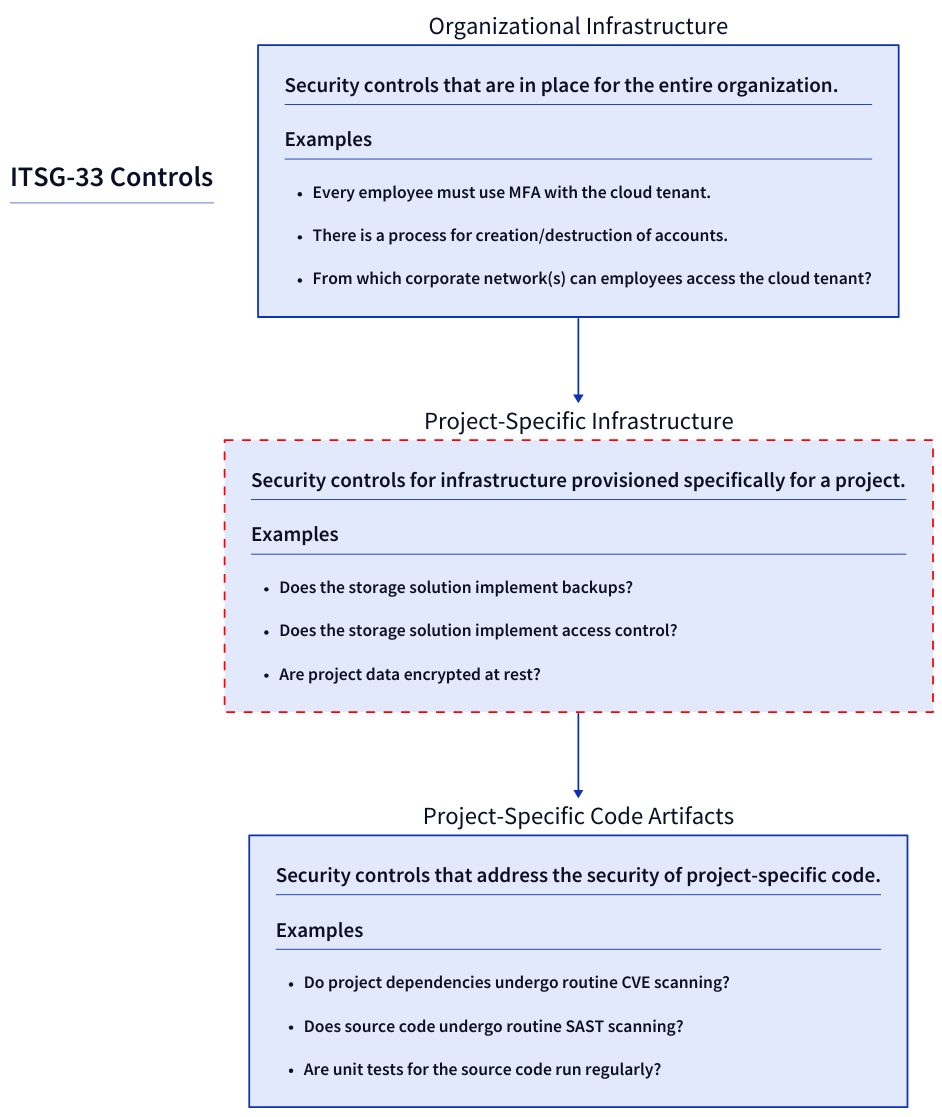
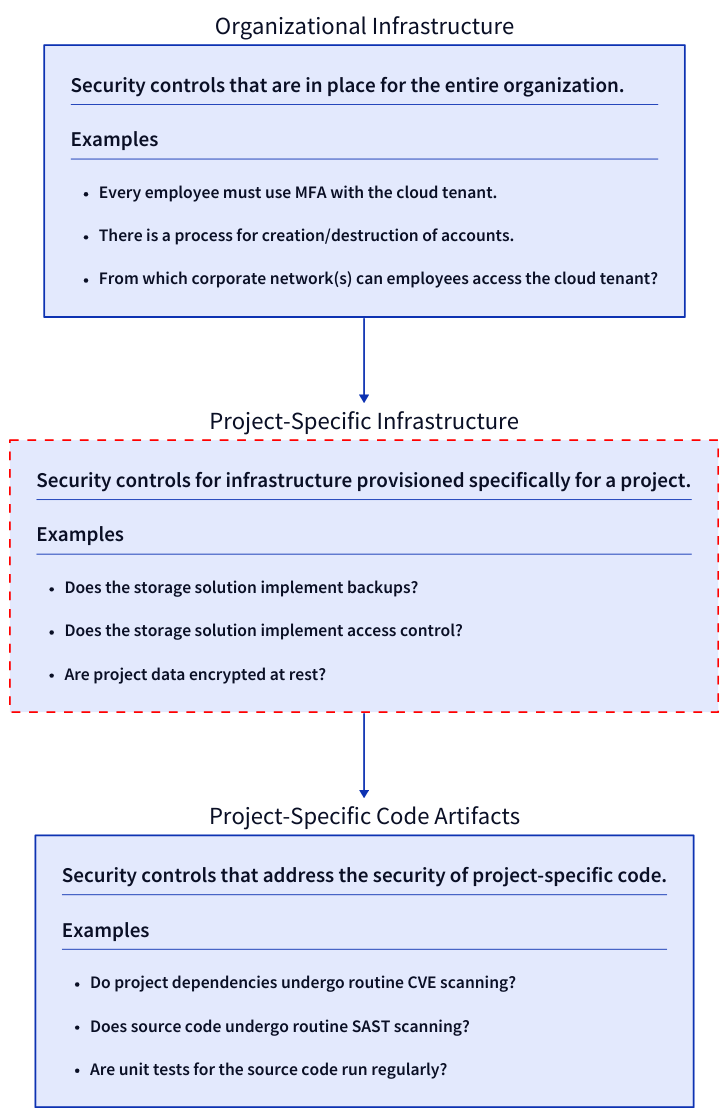
The diagram in docs/diagrams/itsg-pyramid.d2 (Collinbrown95/itsg-33-conftest), drawn with D2 before and after one commit. The commit also changed 2 other files, not shown here.

```diff
--- a/docs/diagrams/itsg-pyramid.d2
+++ b/docs/diagrams/itsg-pyramid.d2
@@ -1,42 +1,38 @@
 direction: down
-
-title: |md
-  # ITSG-33 Controls
-|
 
 "Organizational Infrastructure": {
   "": |md
     ## Security controls that are in place for the entire organization.
     ## Examples
     - ### Every employee must use MFA with the cloud tenant.
     - ### There is a process for creation/destruction of accounts.
     - ### From which corporate network(s) can employees access the cloud tenant?
   |
 }
 
 "Project-Specific Infrastructure": {
   "": |md
     ## Security controls for infrastructure provisioned specifically for a project.
     ## Examples
     - ### Does the storage solution implement backups?
     - ### Does the storage solution implement access control?
     - ### Are project data encrypted at rest?
   |
   style: {
     stroke: red
     stroke-dash: 5
   }
 }
 
 Project-Specific Code Artifacts: {
   "": |md
     ## Security controls that address the security of project-specific code.
     ## Examples
     - ### Do project dependencies undergo routine CVE scanning?
     - ### Does source code undergo routine SAST scanning?
     - ### Are unit tests for the source code run regularly?
   |
 }
 
 Organizational Infrastructure -> Project-Specific Infrastructure
 Project-Specific Infrastructure -> Project-Specific Code Artifacts
```
